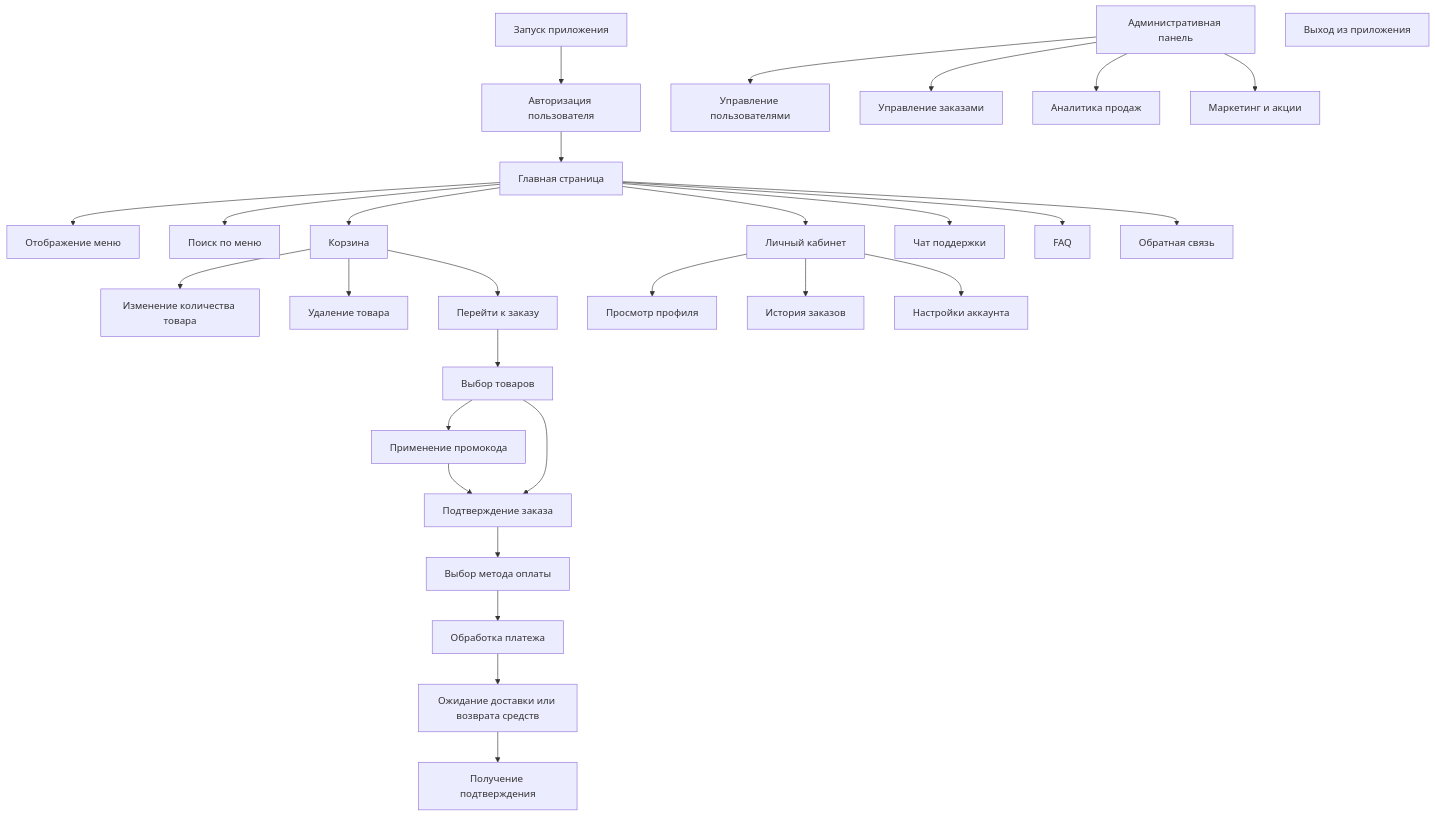
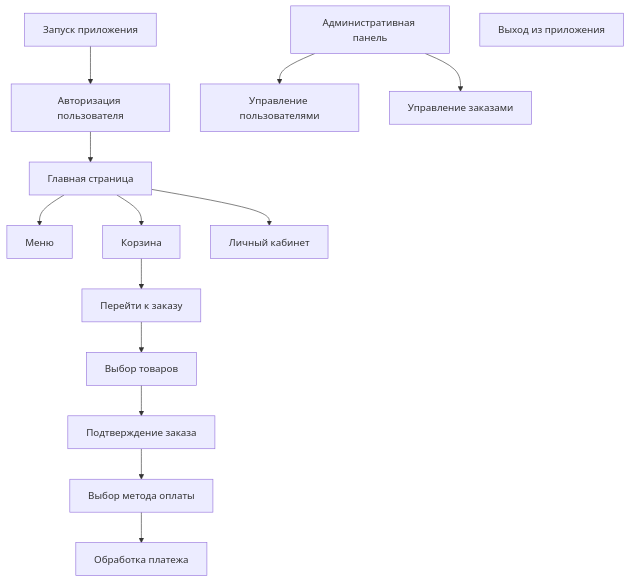
One commit to DenisKarimov8/Karimov-IS-31-Works changed the first of 3 diagrams in README.md. Above: the diagram before and after it, drawn with Mermaid. The commit also changed other lines of this file, not shown here.

````diff
--- a/README.md
+++ b/README.md
@@ -123,40 +135,21 @@
 ```mermaid
 flowchart TD
     A[Запуск приложения] --> B[Авторизация пользователя]
     B --> C[Главная страница]
-    C --> D[Отображение меню]
-    C --> E[Поиск по меню]
+    C --> D[Меню]
     C --> F[Корзина]
     C --> G[Личный кабинет]
     
-    F --> H[Изменение количества товара]
-    F --> I[Удаление товара]
     F --> J[Перейти к заказу]
-    
-    G --> K[Просмотр профиля]
-    G --> L[История заказов]
-    G --> M[Настройки аккаунта]
-    
     J --> N[Выбор товаров]
-    N --> O[Применение промокода]
-    O --> P
     N --> P[Подтверждение заказа]
-    
     P --> Q[Выбор метода оплаты]
     Q --> R[Обработка платежа]
-    R --> S[Ожидание доставки или возврата средств]
-    S --> T[Получение подтверждения]
     
-    C --> U[Чат поддержки]
-    C --> V[FAQ]
-    C --> W[Обратная связь]
-  
     X[Административная панель] --> Y[Управление пользователями]
     X --> Z[Управление заказами]
-    X --> AA[Aналитика продаж]
-    X --> BB[Маркетинг и акции]
     
     DD[Выход из приложения]
 
 
 ```
````
